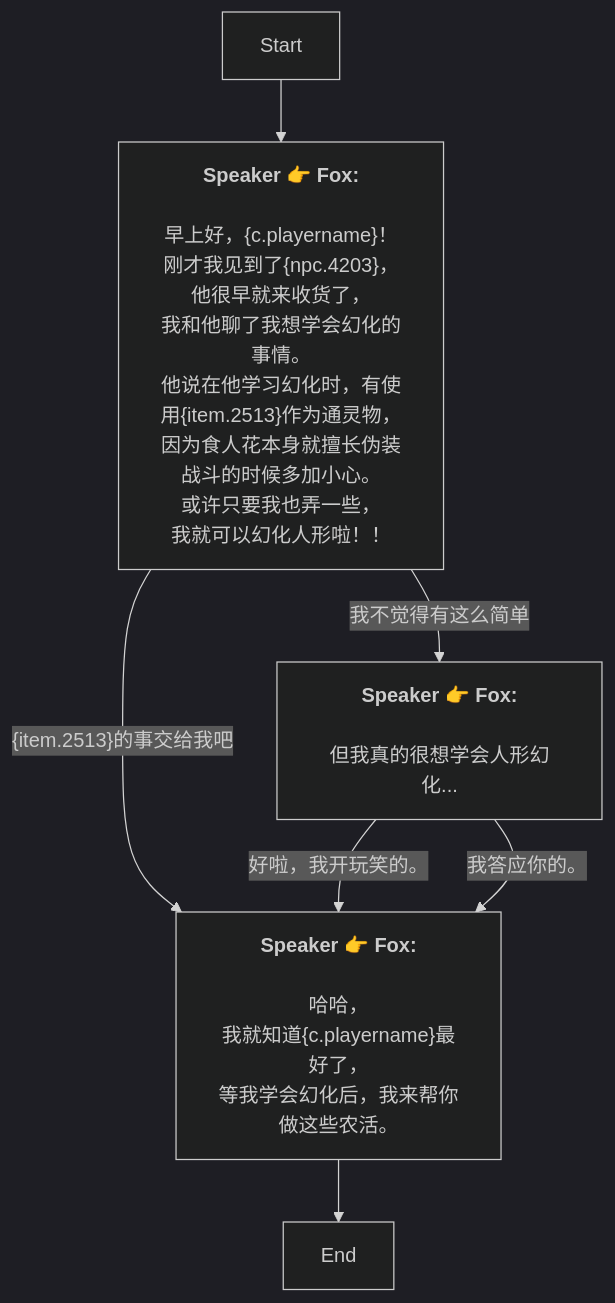
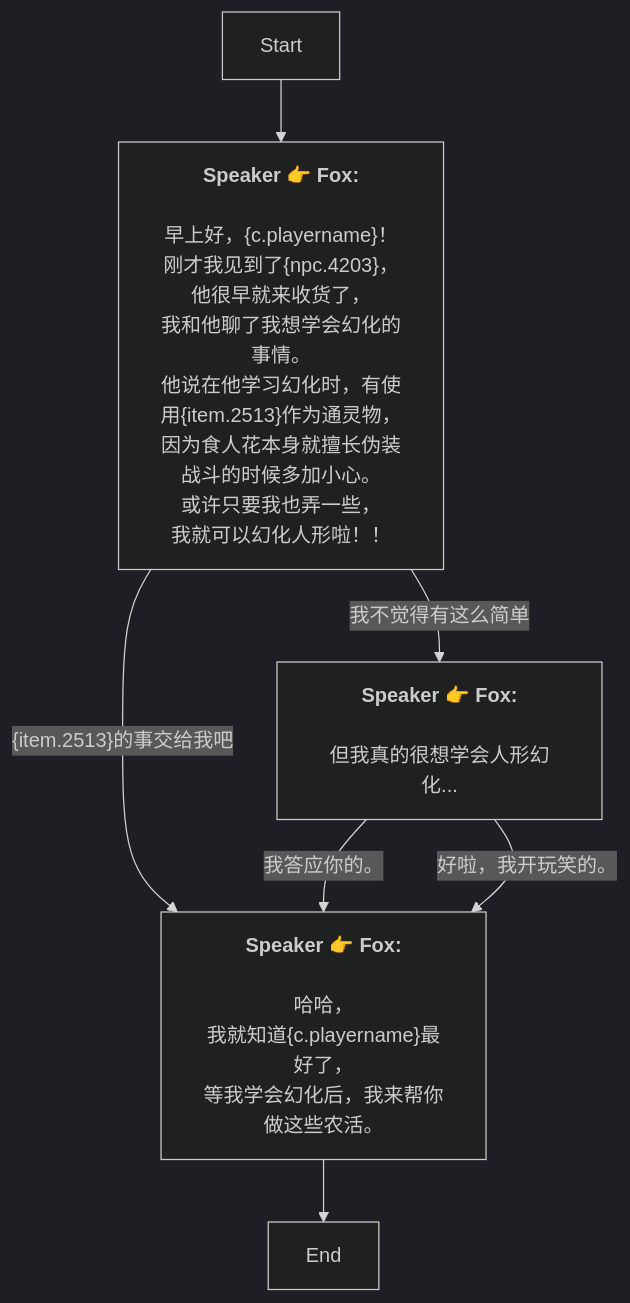
The diagram in Zh/QuestStartTalkENode_1738538277243034.md (SoftHu/tos_avg), drawn with Mermaid (dark theme) before and after one commit. The commit also changed other lines of this file and 780 other files, not shown here.

````diff
--- a/Zh/QuestStartTalkENode_1738538277243034.md
+++ b/Zh/QuestStartTalkENode_1738538277243034.md
@@ -1,26 +1,26 @@
 ```mermaid
 graph
 Start -->1738538993755293[<b>Speaker 👉 Fox:</b>
 \n早上好，&lbrace;c.playername&rbrace;！\n刚才我见到了&lbrace;npc.4203&rbrace;，
 他很早就来收货了，
 我和他聊了我想学会幻化的事情。\n他说在他学习幻化时，有使用&lbrace;item.2513&rbrace;作为通灵物，
 因为食人花本身就擅长伪装
 战斗的时候多加小心。\n或许只要我也弄一些，
 我就可以幻化人形啦！！]
+1738538993755293 -->|&lbrace;item.2513&rbrace;的事交给我吧|1738539326217385[<b>Speaker 👉 Fox:</b>
+\n哈哈，
+我就知道&lbrace;c.playername&rbrace;最好了，
+等我学会幻化后，我来帮你做这些农活。]
 1738538993755293 -->|我不觉得有这么简单|1738539246921891[<b>Speaker 👉 Fox:</b>
 \n但我真的很想学会人形幻化...]
-1738538993755293 -->|&lbrace;item.2513&rbrace;的事交给我吧|1738539326217385[<b>Speaker 👉 Fox:</b>
+1738539246921891 -->|我答应你的。|1738539326217385[<b>Speaker 👉 Fox:</b>
 \n哈哈，
 我就知道&lbrace;c.playername&rbrace;最好了，
 等我学会幻化后，我来帮你做这些农活。]
 1738539246921891 -->|好啦，我开玩笑的。|1738539326217385[<b>Speaker 👉 Fox:</b>
 \n哈哈，
 我就知道&lbrace;c.playername&rbrace;最好了，
 等我学会幻化后，我来帮你做这些农活。]
-1738539246921891 -->|我答应你的。|1738539326217385[<b>Speaker 👉 Fox:</b>
-\n哈哈，
-我就知道&lbrace;c.playername&rbrace;最好了，
-等我学会幻化后，我来帮你做这些农活。]
 1738539326217385 -->1738539373948074[End]
 
 ```
````
